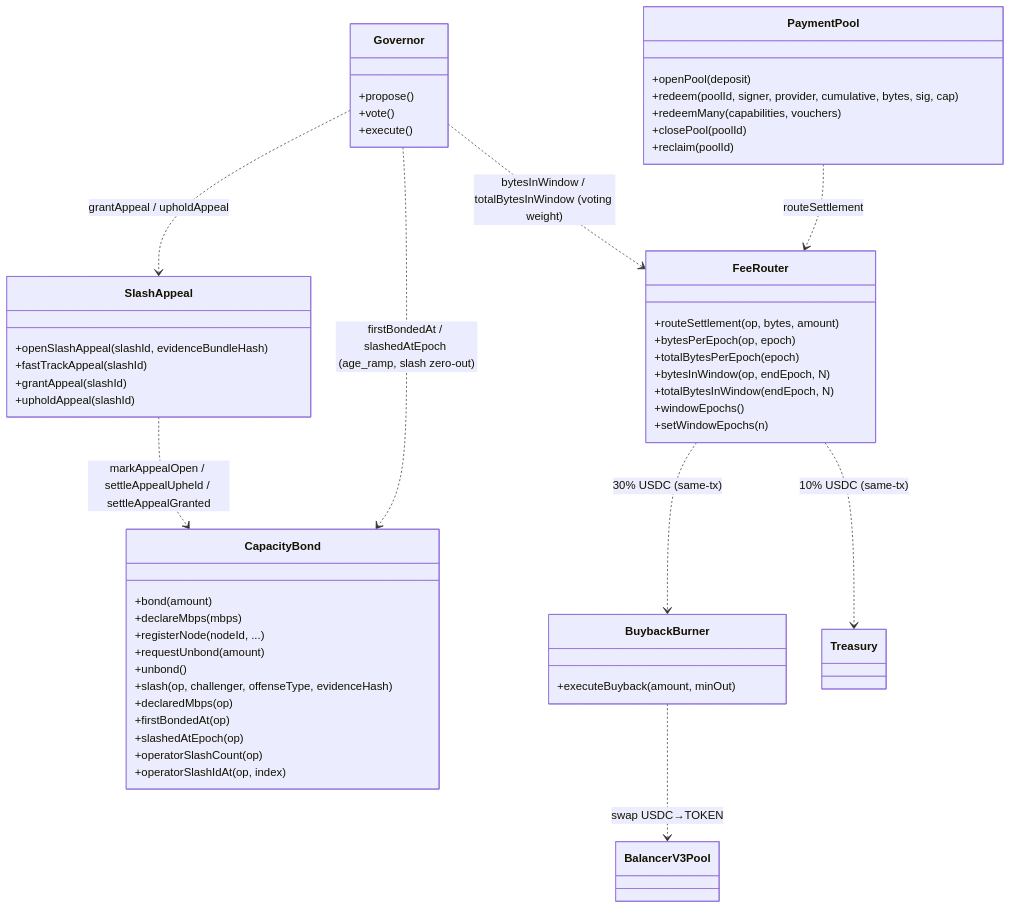
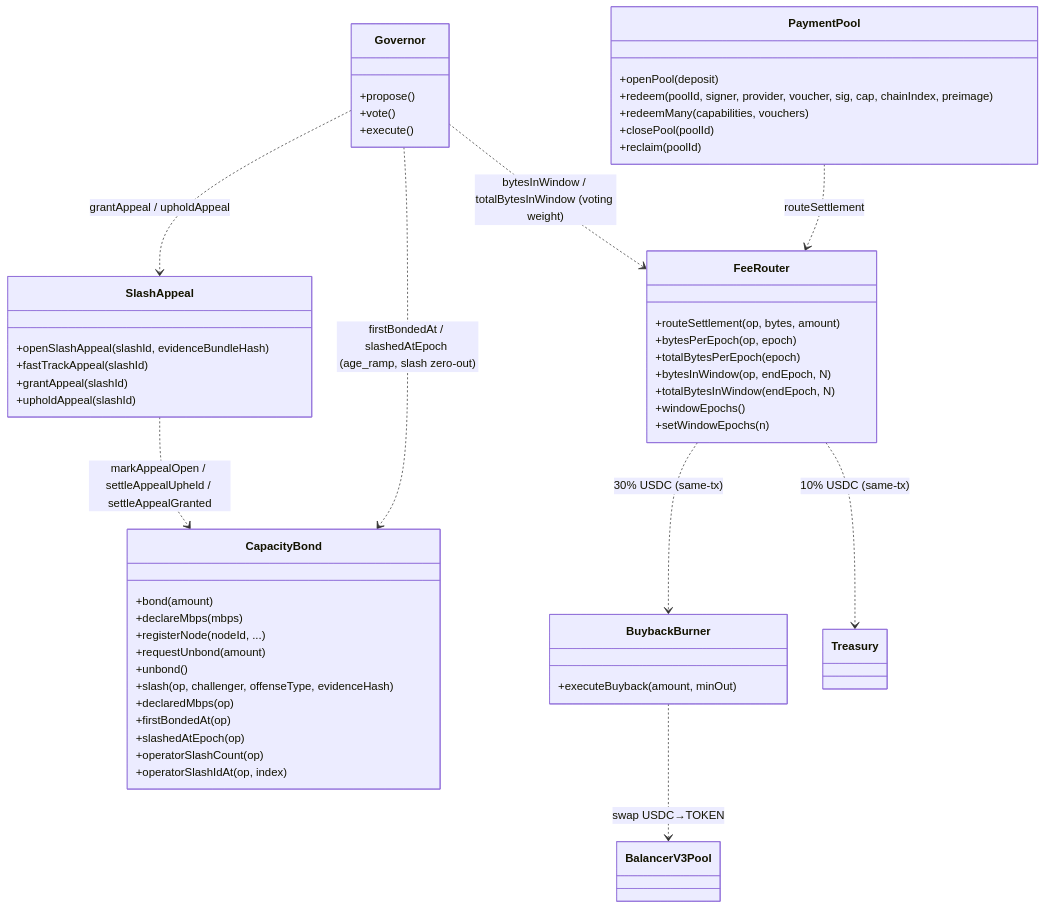
The first of 5 diagrams in adr/016-contract-interactions.md (decdn/decdn), drawn with Mermaid before and after one commit. The commit also changed other lines of this file and 9 other files, not shown here.

````diff
--- a/adr/016-contract-interactions.md
+++ b/adr/016-contract-interactions.md
@@ -41,57 +41,57 @@
 ```mermaid
 classDiagram
     class PaymentPool {
         +openPool(deposit)
-        +redeem(poolId, signer, provider, cumulative, bytes, sig, cap)
+        +redeem(poolId, signer, provider, voucher, sig, cap, chainIndex, preimage)
         +redeemMany(capabilities, vouchers)
         +closePool(poolId)
         +reclaim(poolId)
     }
     class FeeRouter {
         +routeSettlement(op, bytes, amount)
         +bytesPerEpoch(op, epoch)
         +totalBytesPerEpoch(epoch)
         +bytesInWindow(op, endEpoch, N)
         +totalBytesInWindow(endEpoch, N)
         +windowEpochs()
         +setWindowEpochs(n)
     }
     class CapacityBond {
         +bond(amount)
         +declareMbps(mbps)
         +registerNode(nodeId, ...)
         +requestUnbond(amount)
         +unbond()
         +slash(op, challenger, offenseType, evidenceHash)
         +declaredMbps(op)
         +firstBondedAt(op)
         +slashedAtEpoch(op)
         +operatorSlashCount(op)
         +operatorSlashIdAt(op, index)
     }
     class BuybackBurner {
         +executeBuyback(amount, minOut)
     }
     class SlashAppeal {
         +openSlashAppeal(slashId, evidenceBundleHash)
         +fastTrackAppeal(slashId)
         +grantAppeal(slashId)
         +upholdAppeal(slashId)
     }
     class Governor {
         +propose()
         +vote()
         +execute()
     }
     class Treasury
     class BalancerV3Pool
 
     PaymentPool ..> FeeRouter : routeSettlement
     FeeRouter ..> BuybackBurner : 30% USDC (same-tx)
     FeeRouter ..> Treasury : 10% USDC (same-tx)
     BuybackBurner ..> BalancerV3Pool : swap USDC→TOKEN
     Governor ..> FeeRouter : bytesInWindow / totalBytesInWindow (voting weight)
     Governor ..> CapacityBond : firstBondedAt / slashedAtEpoch (age_ramp, slash zero-out)
     SlashAppeal ..> CapacityBond : markAppealOpen / settleAppealUpheld / settleAppealGranted
     Governor ..> SlashAppeal : grantAppeal / upholdAppeal
 ```
````
